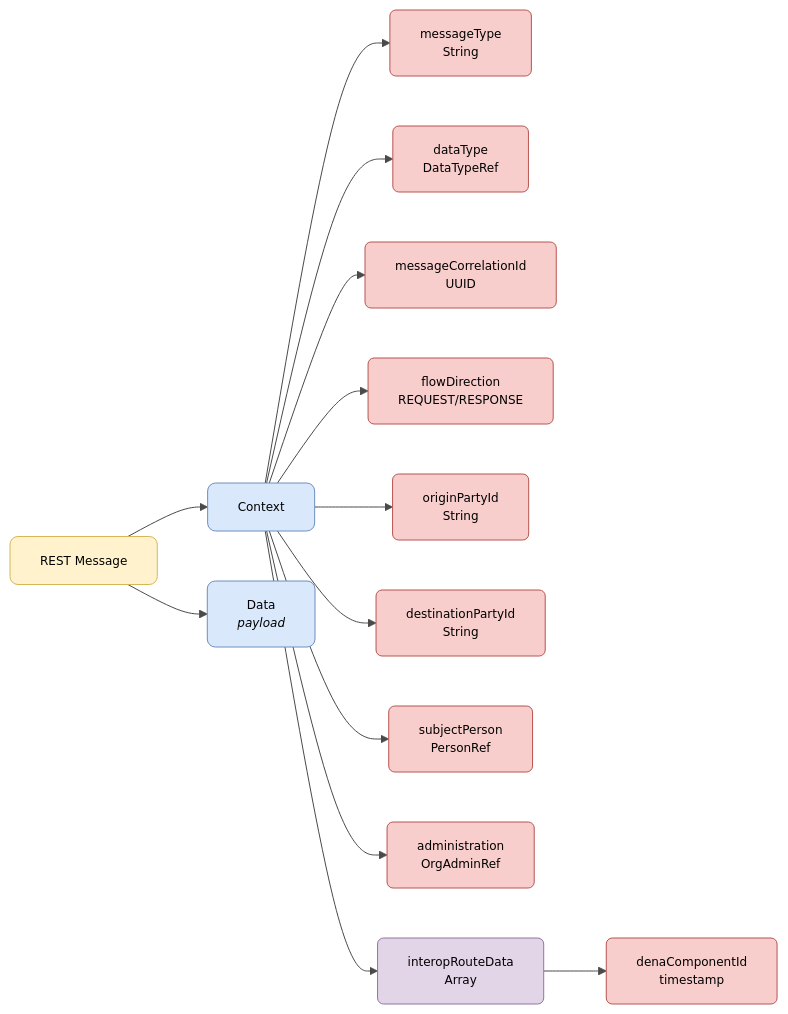
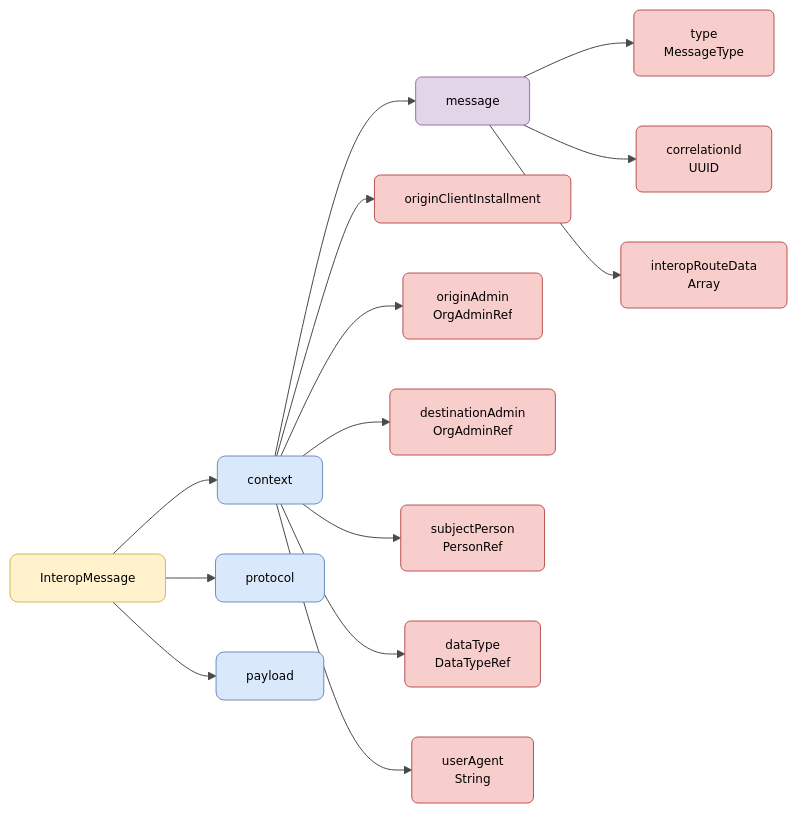
The diagram in docs/semantica/semantica-base/index.en.md (DENA-Euskadi/dena-euskadi.github.io), drawn with Mermaid before and after one commit. The commit also changed other lines of this file and 117 other files, not shown here.

````diff
--- a/docs/semantica/semantica-base/index.en.md
+++ b/docs/semantica/semantica-base/index.en.md
@@ -11,43 +11,45 @@
 ```mermaid
 ---
 config:
   theme: base
   themeVariables:
     primaryColor: "#FFFFFF"
     primaryTextColor: "#000000"
     primaryBorderColor: "#CCCCCC"
     lineColor: "#4A4A4A"
     fontSize: "12px"
 ---
 flowchart LR
-    ROOT["REST Message"]
+    ROOT["InteropMessage"]
 
-    ROOT --> CONTEXT["Context"]
-    ROOT --> DATA["Data<br/><i>payload</i>"]
+    ROOT --> CONTEXT["context"]
+    ROOT --> PROTOCOL["protocol"]
+    ROOT --> PAYLOAD["payload"]
 
-    CONTEXT --> MESSAGE_TYPE["messageType<br/>String"]
+    CONTEXT --> MESSAGE["message"]
+    CONTEXT --> ORIGIN_CI["originClientInstallment"]
+    CONTEXT --> ORIGIN_ADMIN["originAdmin<br/>OrgAdminRef"]
+    CONTEXT --> DEST_ADMIN["destinationAdmin<br/>OrgAdminRef"]
+    CONTEXT --> SUBJECT_PERSON["subjectPerson<br/>PersonRef"]
     CONTEXT --> DATA_TYPE["dataType<br/>DataTypeRef"]
-    CONTEXT --> MESSAGE_CORRELATION_ID["messageCorrelationId<br/>UUID"]
-    CONTEXT --> FLOW_DIRECTION["flowDirection<br/>REQUEST/RESPONSE"]
-    CONTEXT --> ORIGIN_PARTY_ID["originPartyId<br/>String"]
-    CONTEXT --> DESTINATION_PARTY_ID["destinationPartyId<br/>String"]
-    CONTEXT --> SUBJECT_PERSON["subjectPerson<br/>PersonRef"]
-    CONTEXT --> ADMINISTRATION["administration<br/>OrgAdminRef"]
-    CONTEXT --> INTEROP_ROUTE_DATA["interopRouteData<br/>Array"]
+    CONTEXT --> USER_AGENT["userAgent<br/>String"]
 
-    INTEROP_ROUTE_DATA --> IRDITEM["denaComponentId<br/>timestamp"]
+    MESSAGE --> M_TYPE["type<br/>MessageType"]
+    MESSAGE --> M_CORR["correlationId<br/>UUID"]
+    MESSAGE --> M_ROUTE["interopRouteData<br/>Array"]
 
     style ROOT fill:#fff2cc,stroke:#d6b656,color:#000000,rx:8,ry:8
     style CONTEXT fill:#dae8fc,stroke:#6c8ebf,color:#000000,rx:8,ry:8
-    style DATA fill:#dae8fc,stroke:#6c8ebf,color:#000000,rx:8,ry:8
-    style MESSAGE_TYPE fill:#f8cecc,stroke:#b85450,color:#000000,rx:6,ry:6
+    style PROTOCOL fill:#dae8fc,stroke:#6c8ebf,color:#000000,rx:8,ry:8
+    style PAYLOAD fill:#dae8fc,stroke:#6c8ebf,color:#000000,rx:8,ry:8
+    style MESSAGE fill:#e1d5e7,stroke:#9673a6,color:#000000,rx:6,ry:6
+    style ORIGIN_CI fill:#f8cecc,stroke:#b85450,color:#000000,rx:6,ry:6
+    style ORIGIN_ADMIN fill:#f8cecc,stroke:#b85450,color:#000000,rx:6,ry:6
+    style DEST_ADMIN fill:#f8cecc,stroke:#b85450,color:#000000,rx:6,ry:6
+    style SUBJECT_PERSON fill:#f8cecc,stroke:#b85450,color:#000000,rx:6,ry:6
     style DATA_TYPE fill:#f8cecc,stroke:#b85450,color:#000000,rx:6,ry:6
-    style MESSAGE_CORRELATION_ID fill:#f8cecc,stroke:#b85450,color:#000000,rx:6,ry:6
-    style FLOW_DIRECTION fill:#f8cecc,stroke:#b85450,color:#000000,rx:6,ry:6
-    style ORIGIN_PARTY_ID fill:#f8cecc,stroke:#b85450,color:#000000,rx:6,ry:6
-    style DESTINATION_PARTY_ID fill:#f8cecc,stroke:#b85450,color:#000000,rx:6,ry:6
-    style SUBJECT_PERSON fill:#f8cecc,stroke:#b85450,color:#000000,rx:6,ry:6
-    style ADMINISTRATION fill:#f8cecc,stroke:#b85450,color:#000000,rx:6,ry:6
-    style INTEROP_ROUTE_DATA fill:#e1d5e7,stroke:#9673a6,color:#000000,rx:6,ry:6
-    style IRDITEM fill:#f8cecc,stroke:#b85450,color:#000000,rx:6,ry:6
+    style USER_AGENT fill:#f8cecc,stroke:#b85450,color:#000000,rx:6,ry:6
+    style M_TYPE fill:#f8cecc,stroke:#b85450,color:#000000,rx:6,ry:6
+    style M_CORR fill:#f8cecc,stroke:#b85450,color:#000000,rx:6,ry:6
+    style M_ROUTE fill:#f8cecc,stroke:#b85450,color:#000000,rx:6,ry:6
 ```
````
